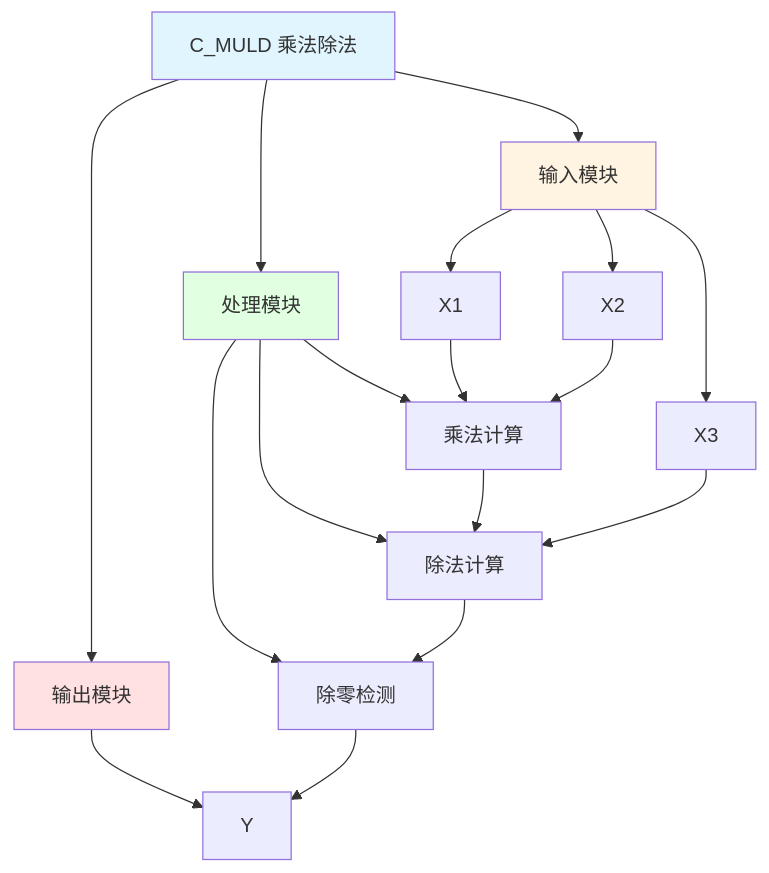
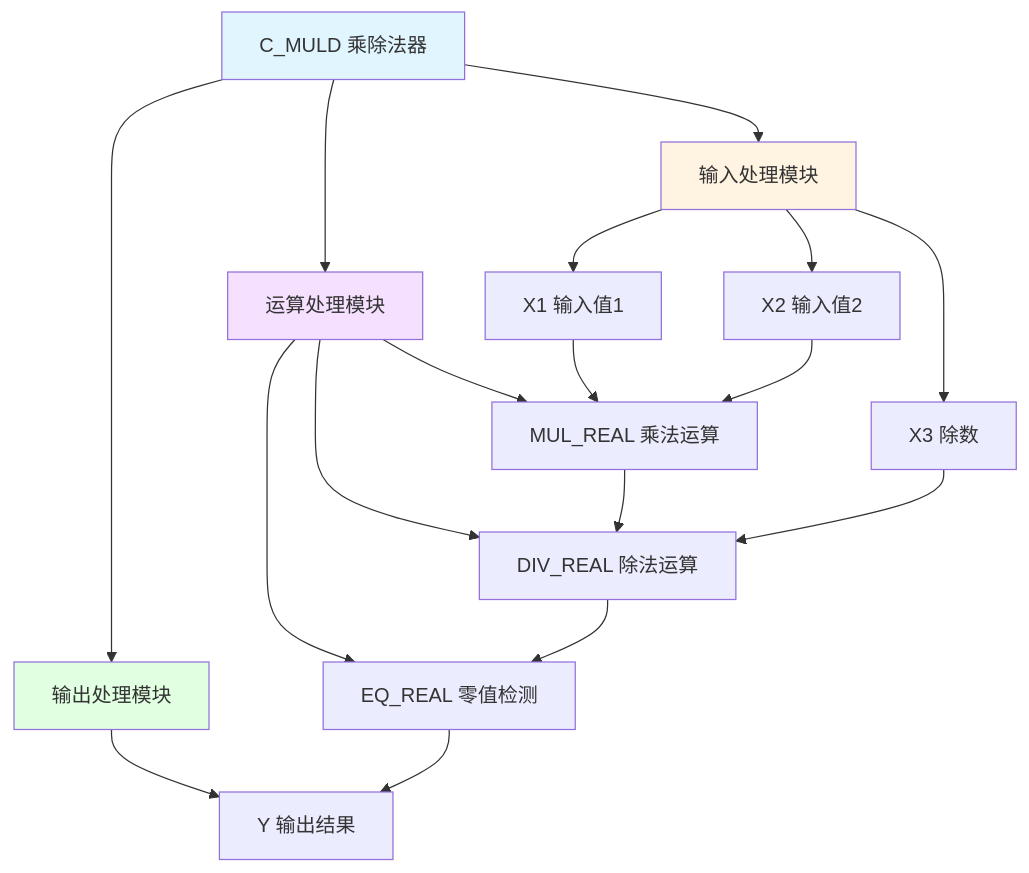
Before and after one commit to dlgt6/c: the diagram in C_MULD_分析报告.md, drawn with Mermaid. The commit also changed other lines of this file and 25 other files, not shown here.

````diff
--- a/C_MULD_分析报告.md
+++ b/C_MULD_分析报告.md
@@ -19,28 +30,28 @@
 ```mermaid
 graph TD
-    A[C_MULD 乘法除法] --> B[输入模块]
-    A --> C[处理模块]
-    A --> D[输出模块]
+    A[C_MULD 乘除法器] --> B[输入处理模块]
+    A --> C[运算处理模块]
+    A --> D[输出处理模块]
     
-    B --> B1[X1]
-    B --> B2[X2]
-    B --> B3[X3]
+    B --> B1[X1 输入值1]
+    B --> B2[X2 输入值2]
+    B --> B3[X3 除数]
     
-    C --> C1[乘法计算]
-    C --> C2[除法计算]
-    C --> C3[除零检测]
+    C --> C1[MUL_REAL 乘法运算]
+    C --> C2[DIV_REAL 除法运算]
+    C --> C3[EQ_REAL 零值检测]
     
-    D --> D1[Y]
+    D --> D1[Y 输出结果]
     
     B1 --> C1
     B2 --> C1
     C1 --> C2
     B3 --> C2
     C2 --> C3
     C3 --> D1
     
     style A fill:#e1f5ff
     style B fill:#fff4e1
-    style C fill:#e1ffe1
-    style D fill:#ffe1e1
+    style C fill:#f5e1ff
+    style D fill:#e1ffe1
 ```
````
